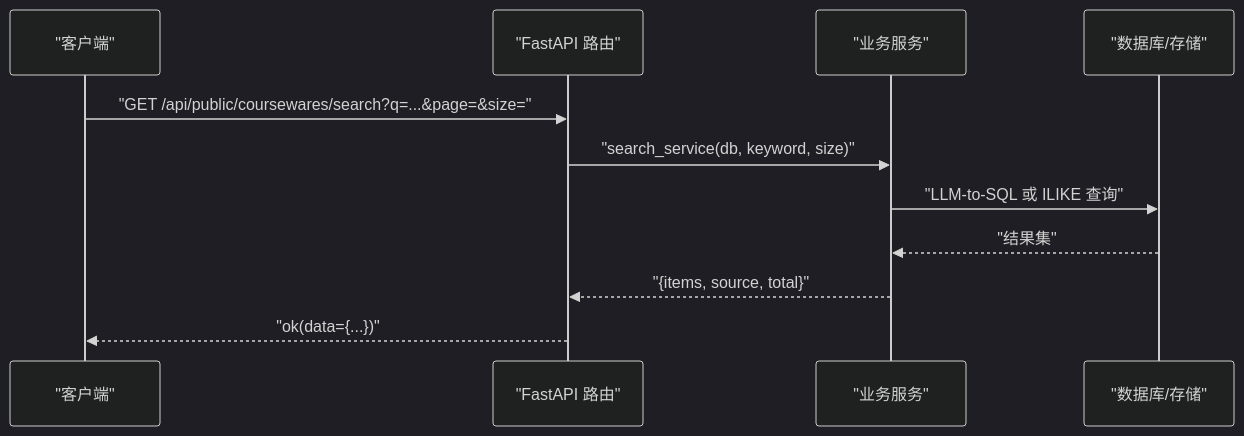
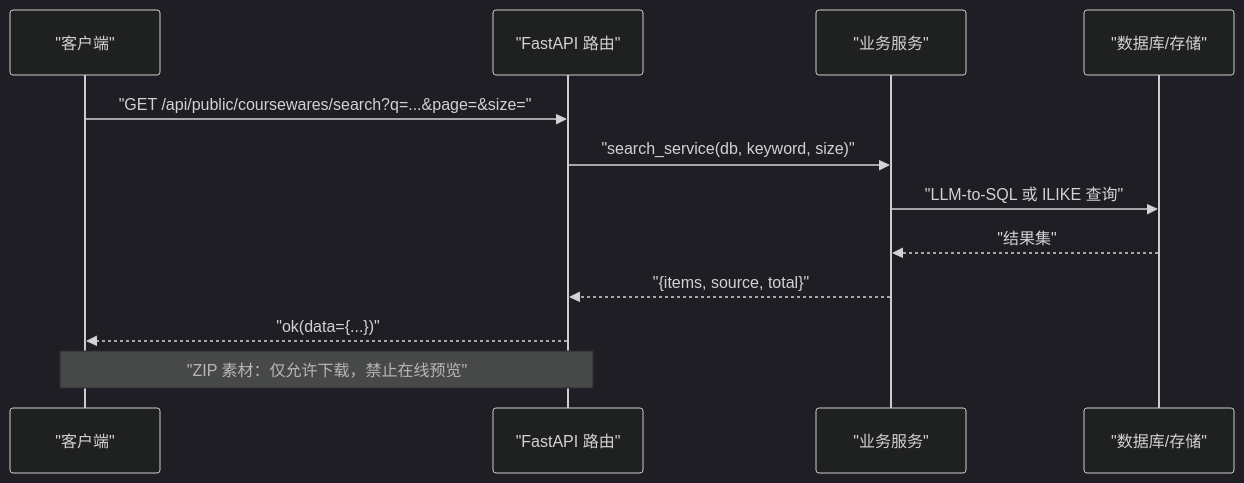
The second of 3 diagrams in .qoder/repowiki/zh/content/API接口文档/公开接口/公开接口.md (leo21cn/ai-learning-hub), drawn with Mermaid (dark theme) before and after one commit. The commit also changed other lines of this file and 41 other files, not shown here.

````diff
--- a/.qoder/repowiki/zh/content/API接口文档/公开接口/公开接口.md
+++ b/.qoder/repowiki/zh/content/API接口文档/公开接口/公开接口.md
@@ -82,13 +98,14 @@
 ```mermaid
 sequenceDiagram
 participant Client as "客户端"
 participant Router as "FastAPI 路由"
 participant Service as "业务服务"
 participant DB as "数据库/存储"
 Client->>Router : "GET /api/public/coursewares/search?q=...&page=&size="
 Router->>Service : "search_service(db, keyword, size)"
 Service->>DB : "LLM-to-SQL 或 ILIKE 查询"
 DB-->>Service : "结果集"
 Service-->>Router : "{items, source, total}"
 Router-->>Client : "ok(data={...})"
+Note over Client,Router : "ZIP 素材：仅允许下载，禁止在线预览"
 ```
````
